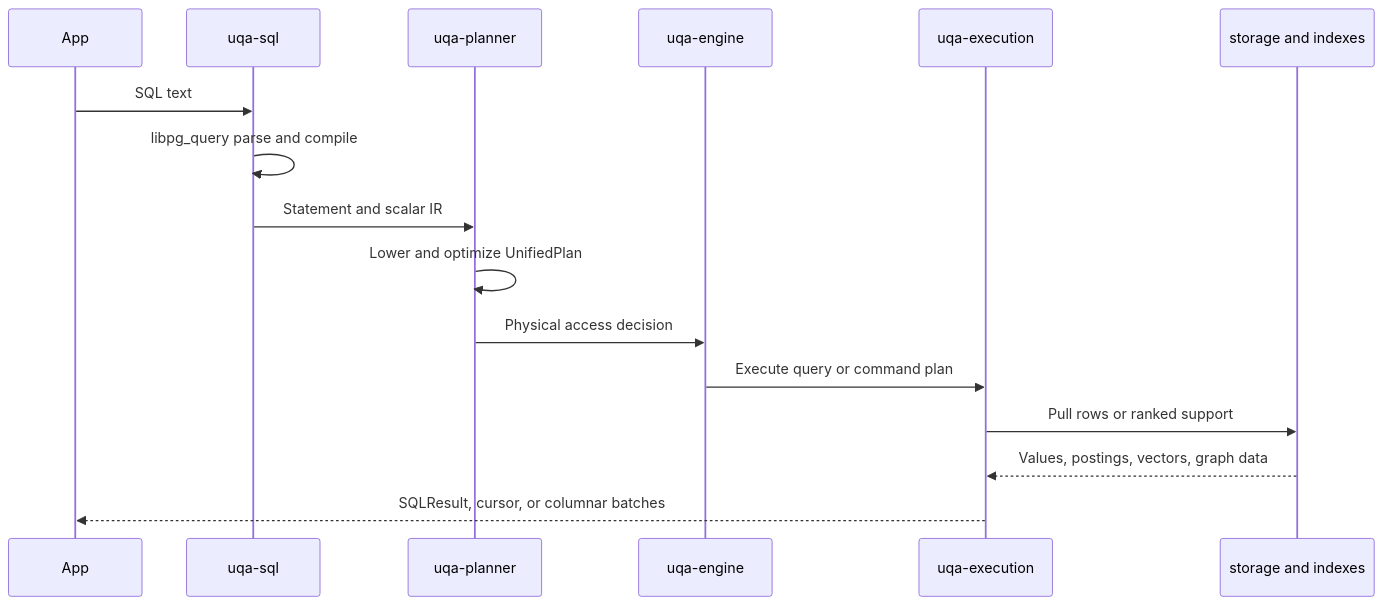
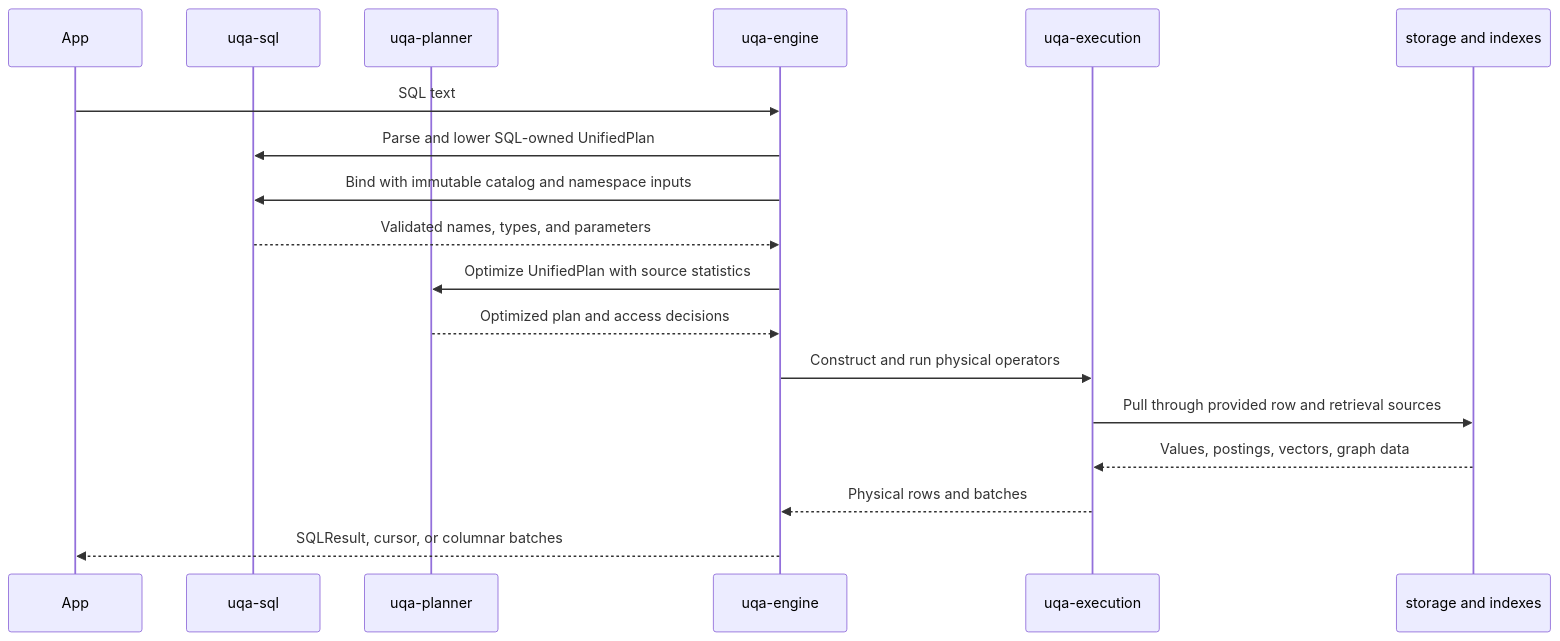
Before and after one commit to cognica-io/uqa-engine: the first of 2 diagrams in docs/manual/internals/02-planning-and-execution.md, drawn with Mermaid. The commit also changed other lines of this file and 266 other files, not shown here.

````diff
--- a/docs/manual/internals/02-planning-and-execution.md
+++ b/docs/manual/internals/02-planning-and-execution.md
@@ -7,18 +7,20 @@
 ```mermaid
 sequenceDiagram
     participant App
     participant SQL as uqa-sql
     participant Planner as uqa-planner
     participant Engine as uqa-engine
     participant Exec as uqa-execution
     participant Store as storage and indexes
-    App->>SQL: SQL text
-    SQL->>SQL: libpg_query parse and compile
-    SQL->>Planner: Statement and scalar IR
-    Planner->>Planner: Lower and optimize UnifiedPlan
-    Planner->>Engine: Physical access decision
-    Engine->>Exec: Execute query or command plan
-    Exec->>Store: Pull rows or ranked support
+    App->>Engine: SQL text
+    Engine->>SQL: Parse and lower SQL-owned UnifiedPlan
+    Engine->>SQL: Bind with immutable catalog and namespace inputs
+    SQL-->>Engine: Validated names, types, and parameters
+    Engine->>Planner: Optimize UnifiedPlan with source statistics
+    Planner-->>Engine: Optimized plan and access decisions
+    Engine->>Exec: Construct and run physical operators
+    Exec->>Store: Pull through provided row and retrieval sources
     Store-->>Exec: Values, postings, vectors, graph data
-    Exec-->>App: SQLResult, cursor, or columnar batches
+    Exec-->>Engine: Physical rows and batches
+    Engine-->>App: SQLResult, cursor, or columnar batches
 ```
````
